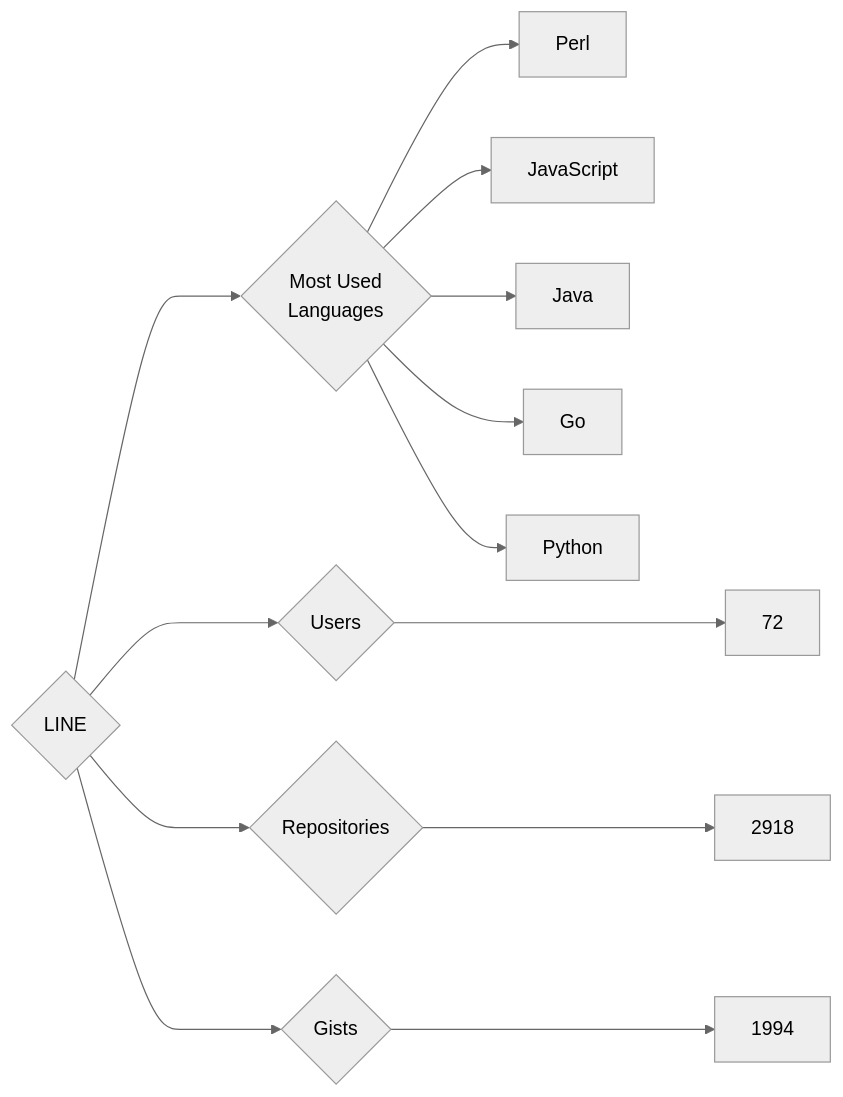
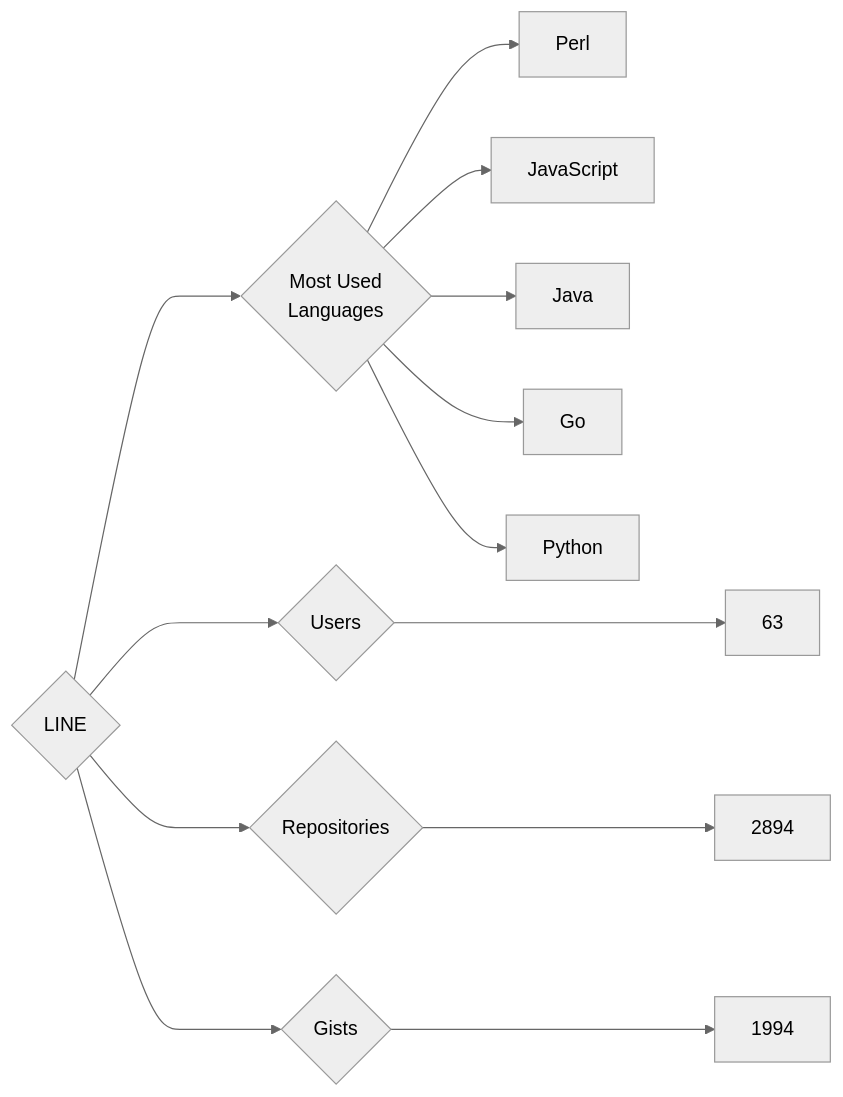
One commit to trickest/insiders changed the diagram in targets/LINE/README.md. Above: the diagram before and after it, drawn with Mermaid (neutral theme). The commit also changed 1248 other files, not shown here.

````diff
--- a/targets/LINE/README.md
+++ b/targets/LINE/README.md
@@ -3,13 +3,13 @@
 ```mermaid
 graph LR
 COMPANY_NAME{LINE}
-COMPANY_NAME ---> U{Users} ---> UN[72]
-COMPANY_NAME ---> R{Repositories} ---> RN[2918]
+COMPANY_NAME ---> U{Users} ---> UN[63]
+COMPANY_NAME ---> R{Repositories} ---> RN[2894]
 COMPANY_NAME ---> G{Gists} ---> GN[1994]
 COMPANY_NAME ---> ML{Most Used<br>Languages}
 ML --> Perl[Perl]
 ML --> JavaScript[JavaScript]
 ML --> Java[Java]
 ML --> Go[Go]
 ML --> Python[Python]
 ```
````
